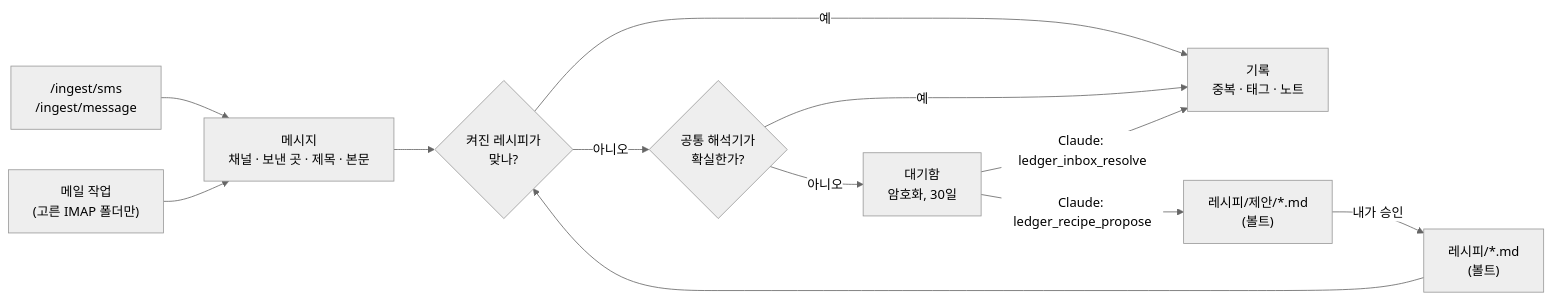
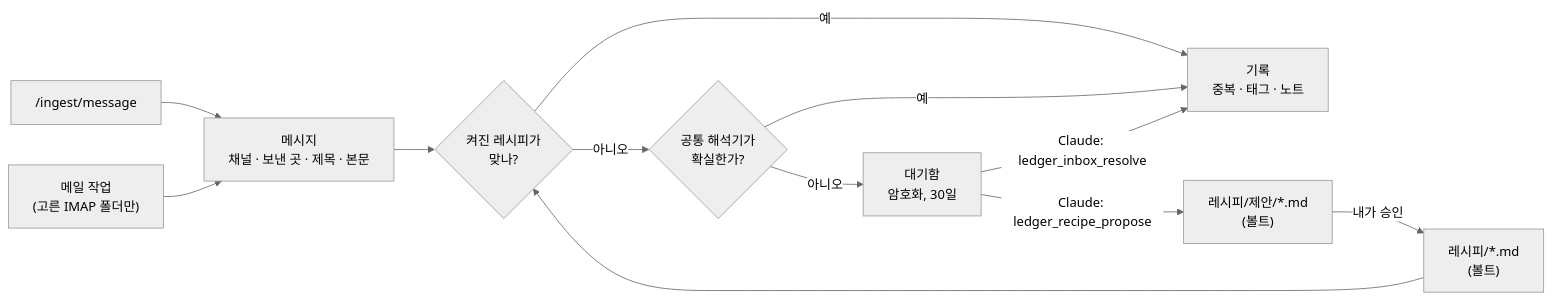
One commit to Hchanghyeon/memexhub changed the diagram in docs/ko/recipes.md. Above: the diagram before and after it, drawn with Mermaid. The commit also changed other lines of this file and 28 other files, not shown here.

````diff
--- a/docs/ko/recipes.md
+++ b/docs/ko/recipes.md
@@ -17,15 +17,15 @@
 ```mermaid
 %%{init: {'theme':'neutral'}}%%
 flowchart LR
-  sms["/ingest/sms<br/>/ingest/message"] --> msg["메시지<br/>채널 · 보낸 곳 · 제목 · 본문"]
+  sms["/ingest/message"] --> msg["메시지<br/>채널 · 보낸 곳 · 제목 · 본문"]
   mail["메일 작업<br/>(고른 IMAP 폴더만)"] --> msg
   msg --> recipe{"켜진 레시피가<br/>맞나?"}
   recipe -->|예| rec["기록<br/>중복 · 태그 · 노트"]
   recipe -->|아니오| generic{"공통 해석기가<br/>확실한가?"}
   generic -->|예| rec
   generic -->|아니오| inbox["대기함<br/>암호화, 30일"]
   inbox -->|Claude: ledger_inbox_resolve| rec
   inbox -->|Claude: ledger_recipe_propose| proposed["레시피/제안/*.md<br/>(볼트)"]
   proposed -->|내가 승인| active["레시피/*.md<br/>(볼트)"]
   active --> recipe
 ```
````
